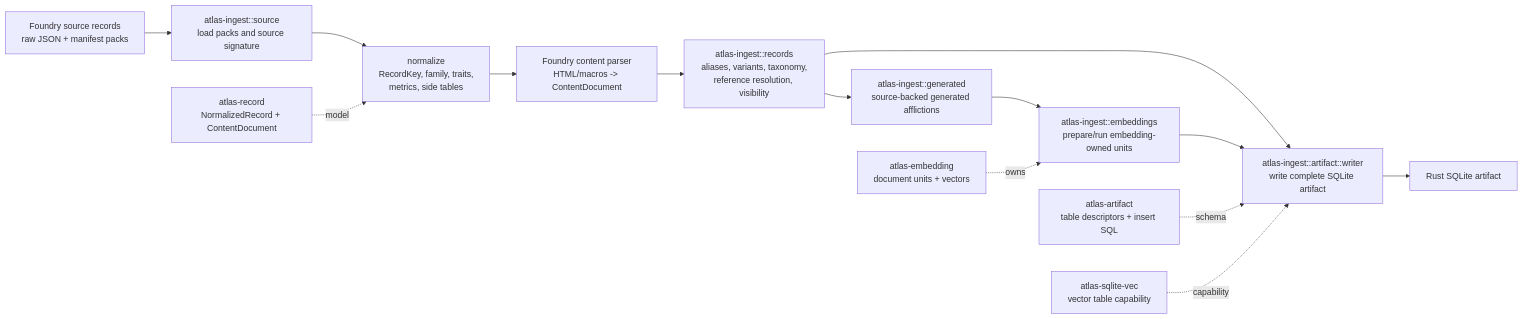
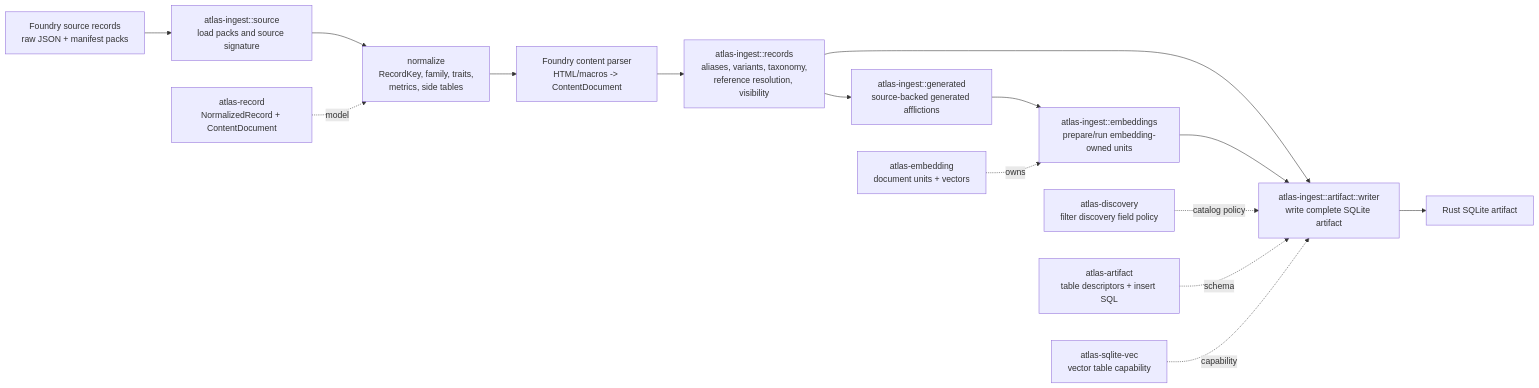
The second of 4 diagrams in docs/architecture/runtime.md (e-kosten/pf2e-atlas), drawn with Mermaid before and after one commit. The commit also changed other lines of this file and 51 other files, not shown here.

Commit message:
feat: add Rust filter discovery catalogs

````diff
--- a/docs/architecture/runtime.md
+++ b/docs/architecture/runtime.md
@@ -59,17 +63,18 @@
 ```mermaid
 flowchart LR
     raw["Foundry source records<br/>raw JSON + manifest packs"] --> load["atlas-ingest::source<br/>load packs and source signature"]
     load --> normalize["normalize<br/>RecordKey, family, traits,<br/>metrics, side tables"]
     normalize --> content["Foundry content parser<br/>HTML/macros -> ContentDocument"]
     content --> enrich["atlas-ingest::records<br/>aliases, variants, taxonomy,<br/>reference resolution, visibility"]
     enrich --> generated["atlas-ingest::generated<br/>source-backed generated afflictions"]
     generated --> embedPrep["atlas-ingest::embeddings<br/>prepare/run embedding-owned units"]
     enrich --> writer["atlas-ingest::artifact::writer<br/>write complete SQLite artifact"]
     embedPrep --> writer
     writer --> sqlite["Rust SQLite artifact"]
 
     record["atlas-record<br/>NormalizedRecord + ContentDocument"] -. model .-> normalize
+    discovery["atlas-discovery<br/>filter discovery field policy"] -. catalog policy .-> writer
     artifact["atlas-artifact<br/>table descriptors + insert SQL"] -. schema .-> writer
     embedding["atlas-embedding<br/>document units + vectors"] -. owns .-> embedPrep
     sqliteVec["atlas-sqlite-vec<br/>vector table capability"] -. capability .-> writer
 ```
````
